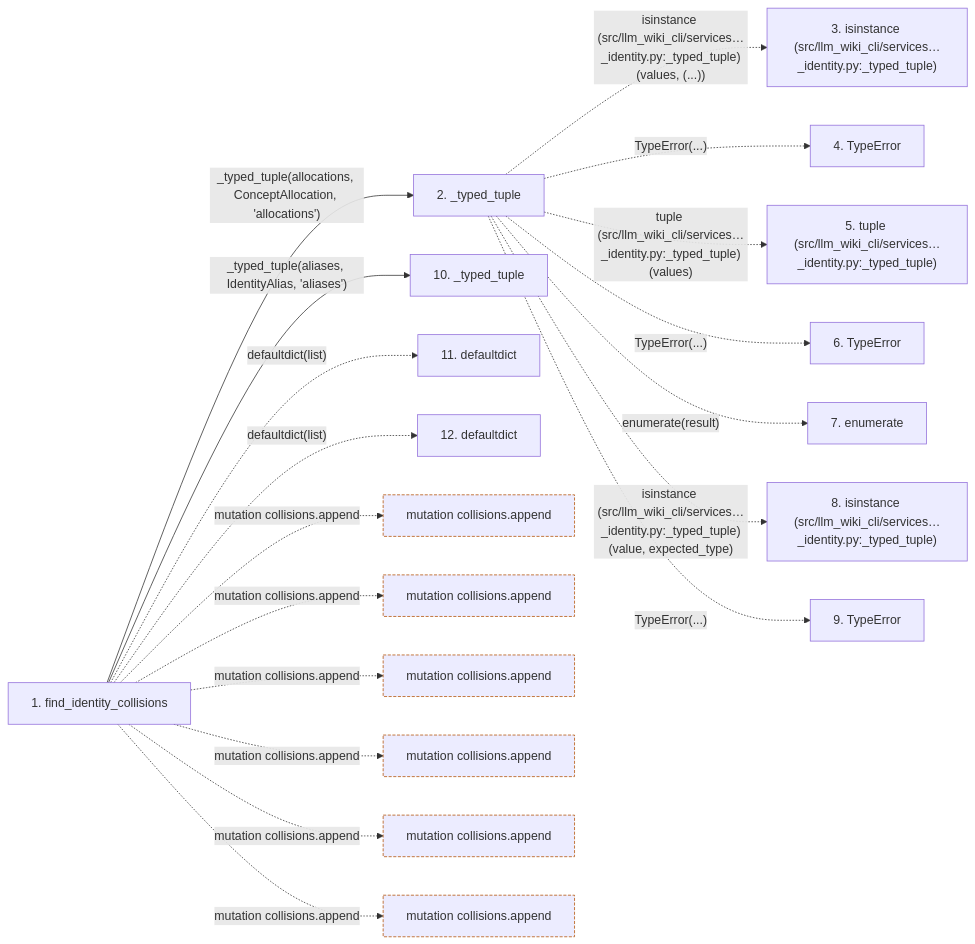
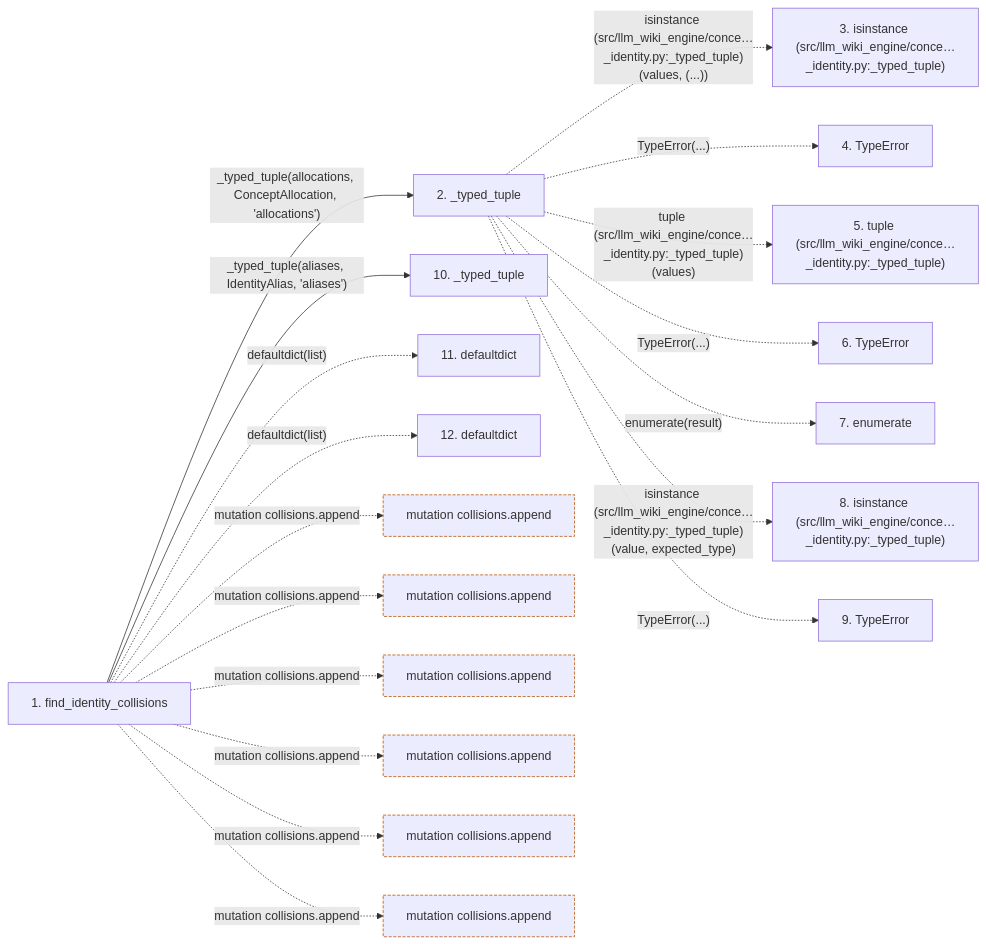
The second of 2 diagrams in docs/llm_wiki/flows/api-find_identity_collisions.md (Denissvgn/python-wiki-llm), drawn with Mermaid before and after one commit. The commit also changed other lines of this file and 1103 other files, not shown here.

First line of the commit message:
docs: refresh the wiki for the llm-wiki-engine distribution

````diff
--- a/docs/llm_wiki/flows/api-find_identity_collisions.md
+++ b/docs/llm_wiki/flows/api-find_identity_collisions.md
@@ -126,48 +126,48 @@
 ```mermaid
 flowchart LR
     s1["1. find_identity_collisions"]
     s2["2. _typed_tuple"]
-    s3["3. isinstance (src/llm_wiki_cli/services…_identity.py:_typed_tuple)"]
+    s3["3. isinstance (src/llm_wiki_engine/conce…_identity.py:_typed_tuple)"]
     s4["4. TypeError"]
-    s5["5. tuple (src/llm_wiki_cli/services…_identity.py:_typed_tuple)"]
+    s5["5. tuple (src/llm_wiki_engine/conce…_identity.py:_typed_tuple)"]
     s6["6. TypeError"]
     s7["7. enumerate"]
-    s8["8. isinstance (src/llm_wiki_cli/services…_identity.py:_typed_tuple)"]
+    s8["8. isinstance (src/llm_wiki_engine/conce…_identity.py:_typed_tuple)"]
     s9["9. TypeError"]
     s10["10. _typed_tuple"]
     s11["11. defaultdict"]
     s12["12. defaultdict"]
     s1 -->|"_typed_tuple(allocations, ConceptAllocation, 'allocations')"| s2
-    s2 -. "isinstance (src/llm_wiki_cli/services…_identity.py:_typed_tuple)(values, (...))" .-> s3
+    s2 -. "isinstance (src/llm_wiki_engine/conce…_identity.py:_typed_tuple)(values, (...))" .-> s3
     s2 -. "TypeError(...)" .-> s4
-    s2 -. "tuple (src/llm_wiki_cli/services…_identity.py:_typed_tuple)(values)" .-> s5
+    s2 -. "tuple (src/llm_wiki_engine/conce…_identity.py:_typed_tuple)(values)" .-> s5
     s2 -. "TypeError(...)" .-> s6
     s2 -. "enumerate(result)" .-> s7
-    s2 -. "isinstance (src/llm_wiki_cli/services…_identity.py:_typed_tuple)(value, expected_type)" .-> s8
+    s2 -. "isinstance (src/llm_wiki_engine/conce…_identity.py:_typed_tuple)(value, expected_type)" .-> s8
     s2 -. "TypeError(...)" .-> s9
     s1 -->|"_typed_tuple(aliases, IdentityAlias, 'aliases')"| s10
     s1 -. "defaultdict(list)" .-> s11
     s1 -. "defaultdict(list)" .-> s12
     b0["mutation collisions.append"]
     s1 -. "mutation collisions.append" .-> b0
     b1["mutation collisions.append"]
     s1 -. "mutation collisions.append" .-> b1
     b2["mutation collisions.append"]
     s1 -. "mutation collisions.append" .-> b2
     b3["mutation collisions.append"]
     s1 -. "mutation collisions.append" .-> b3
     b4["mutation collisions.append"]
     s1 -. "mutation collisions.append" .-> b4
     b5["mutation collisions.append"]
     s1 -. "mutation collisions.append" .-> b5
     click s1 "../modules/concept_identity.md"
     click s2 "../modules/concept_identity.md"
     click s10 "../modules/concept_identity.md"
     classDef boundary stroke:#b45309,stroke-dasharray: 4 2
     class b0 boundary
     class b1 boundary
     class b2 boundary
     class b3 boundary
     class b4 boundary
     class b5 boundary
 ```
````
